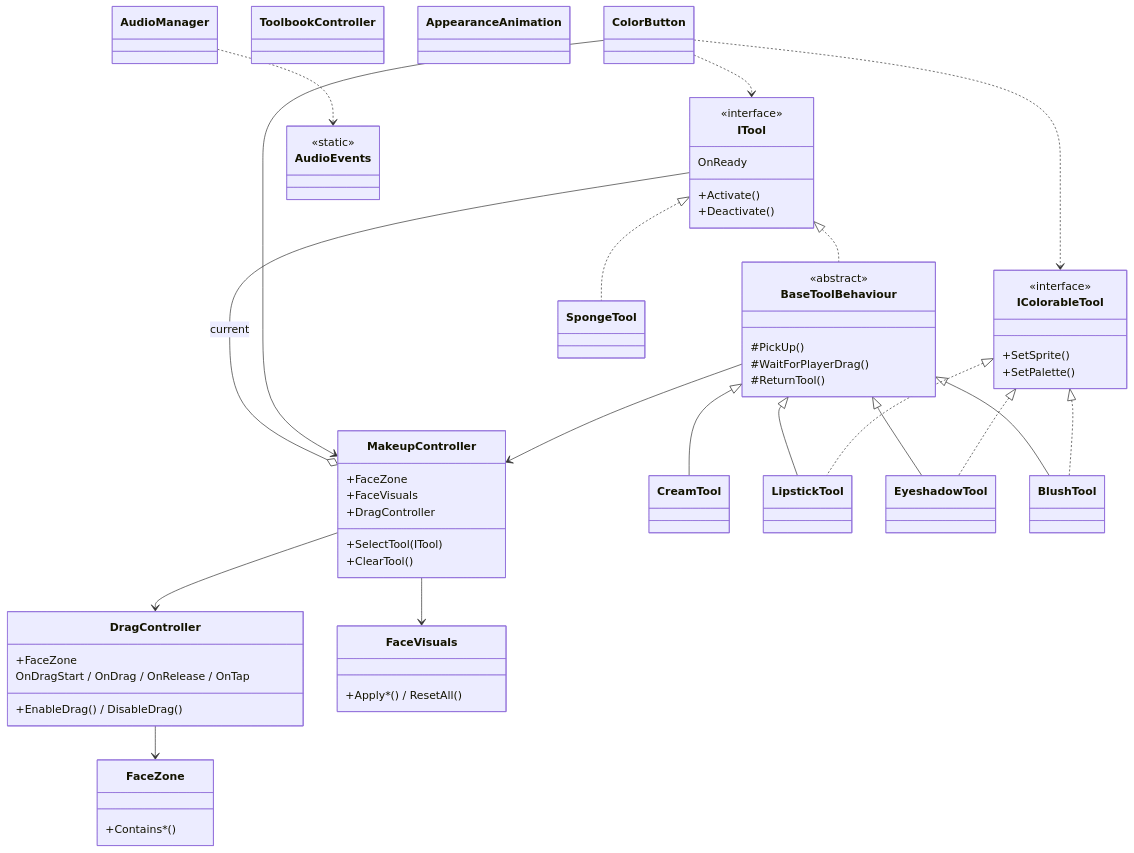
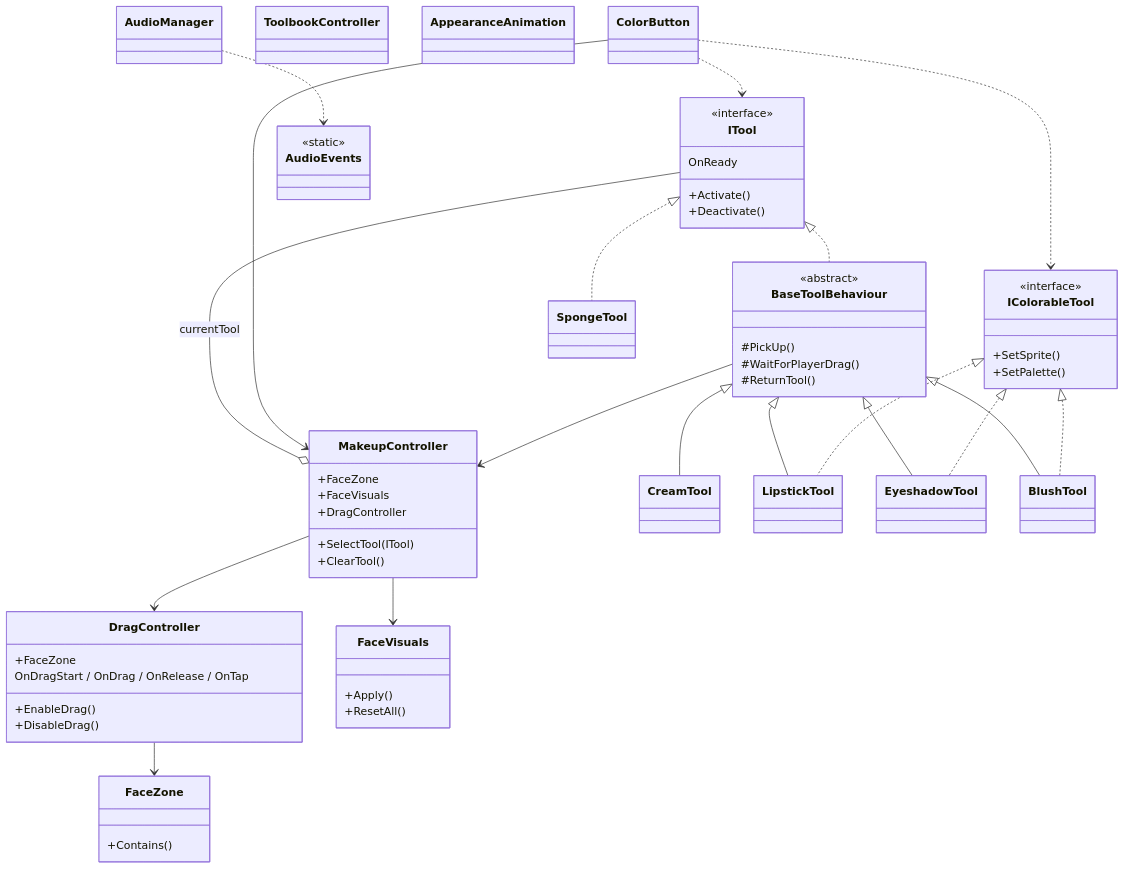
The diagram in README.md (r-1i/assignment-playnera-dressup), drawn with Mermaid before and after one commit. The commit also changed other lines of this file, not shown here.

````diff
--- a/README.md
+++ b/README.md
@@ -46,20 +70,17 @@
 ```mermaid
 classDiagram
     direction TB
-
     class ITool {
         <<interface>>
         +Activate()
         +Deactivate()
         OnReady
     }
-
     class IColorableTool {
         <<interface>>
         +SetSprite()
         +SetPalette()
     }
-
     class MakeupController {
         +SelectTool(ITool)
         +ClearTool()
@@ -67,38 +88,33 @@
         +FaceVisuals
         +DragController
     }
-
     class DragController {
         +FaceZone
-        +EnableDrag() / DisableDrag()
+        +EnableDrag()
+        +DisableDrag()
         OnDragStart / OnDrag / OnRelease / OnTap
     }
-
     class FaceZone {
-        +Contains*()
+        +Contains()
     }
-
     class FaceVisuals {
-        +Apply*() / ResetAll()
+        +Apply()
+        +ResetAll()
     }
-
     class BaseToolBehaviour {
         <<abstract>>
         #PickUp()
         #WaitForPlayerDrag()
         #ReturnTool()
     }
-
     class CreamTool
     class LipstickTool
     class EyeshadowTool
     class BlushTool
     class SpongeTool
-
     class ColorButton
     class ToolbookController
     class AppearanceAnimation
-
     class AudioManager
     class AudioEvents {
         <<static>>
@@ -109,21 +125,18 @@
     IColorableTool <|.. LipstickTool
     IColorableTool <|.. EyeshadowTool
     IColorableTool <|.. BlushTool
-
     BaseToolBehaviour <|-- CreamTool
     BaseToolBehaviour <|-- LipstickTool
     BaseToolBehaviour <|-- EyeshadowTool
     BaseToolBehaviour <|-- BlushTool
 
-    MakeupController o-- ITool : current
+    MakeupController o-- ITool : currentTool
     MakeupController --> DragController
     MakeupController --> FaceVisuals
     DragController --> FaceZone
-
     BaseToolBehaviour --> MakeupController
     ColorButton --> MakeupController
     ColorButton ..> ITool
     ColorButton ..> IColorableTool
-
     AudioManager ..> AudioEvents
 ```
````
